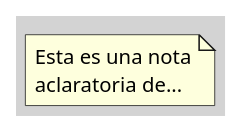
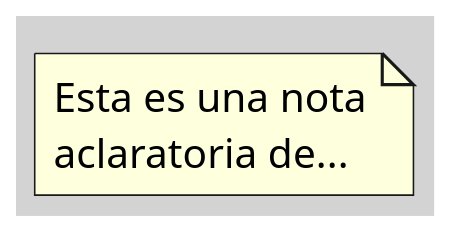
One commit to egrpy/egr-zettel-lectures changed the diagram in src/site/notes/050 Base de Conocimientos/200  Mi Zettelkasten/100 Docencia/IS1/2025/Clase 08 Modelo Conceptual del UML - Elementos, Relaciones, Reglas y Mecanismos Comunes/Zk Modelo Conceptual del UML (Elementos de Anotación).md. Above: the diagram before and after it, drawn with PlantUML. The commit also changed 11 other files, not shown here.

````diff
--- a/src/site/notes/050 Base de Conocimientos/200  Mi Zettelkasten/100 Docencia/IS1/2025/Clase 08 Modelo Conceptual del UML - Elementos, Relaciones, Reglas y Mecanismos Comunes/Zk Modelo Conceptual del UML (Elementos de Anotación).md
+++ b/src/site/notes/050 Base de Conocimientos/200  Mi Zettelkasten/100 Docencia/IS1/2025/Clase 08 Modelo Conceptual del UML - Elementos, Relaciones, Reglas y Mecanismos Comunes/Zk Modelo Conceptual del UML (Elementos de Anotación).md
@@ -20,14 +20,15 @@
 ```plantuml
 @startuml
 !pragma layout smetana
 skinparam style strictuml
 skinparam classAttributeIconSize 0
 skinparam BackgroundColor LightGray
 'left to right direction
 top to bottom direction
 skinparam linetype ortho
 
+scale 2
 note "Esta es una nota\naclaratoria de..." as N1
 
 @enduml
 ```
````
